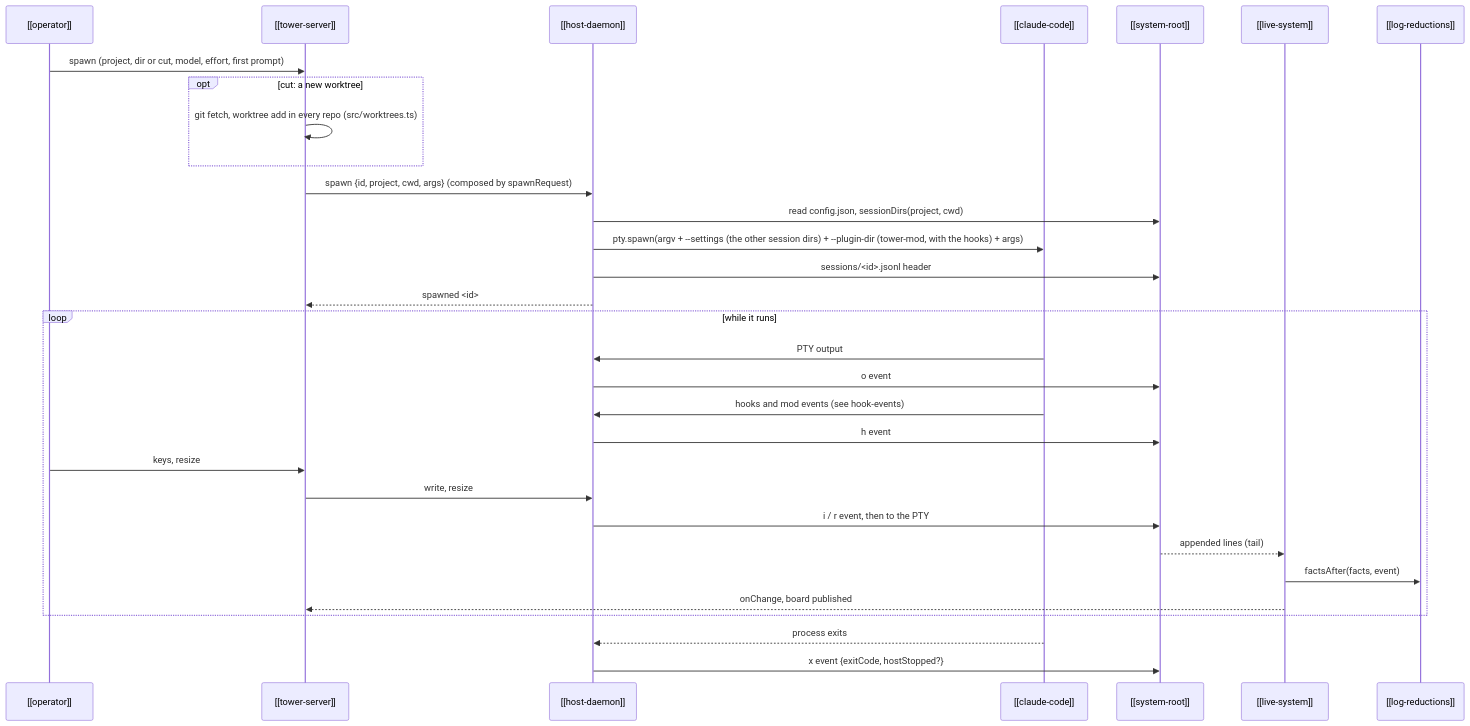
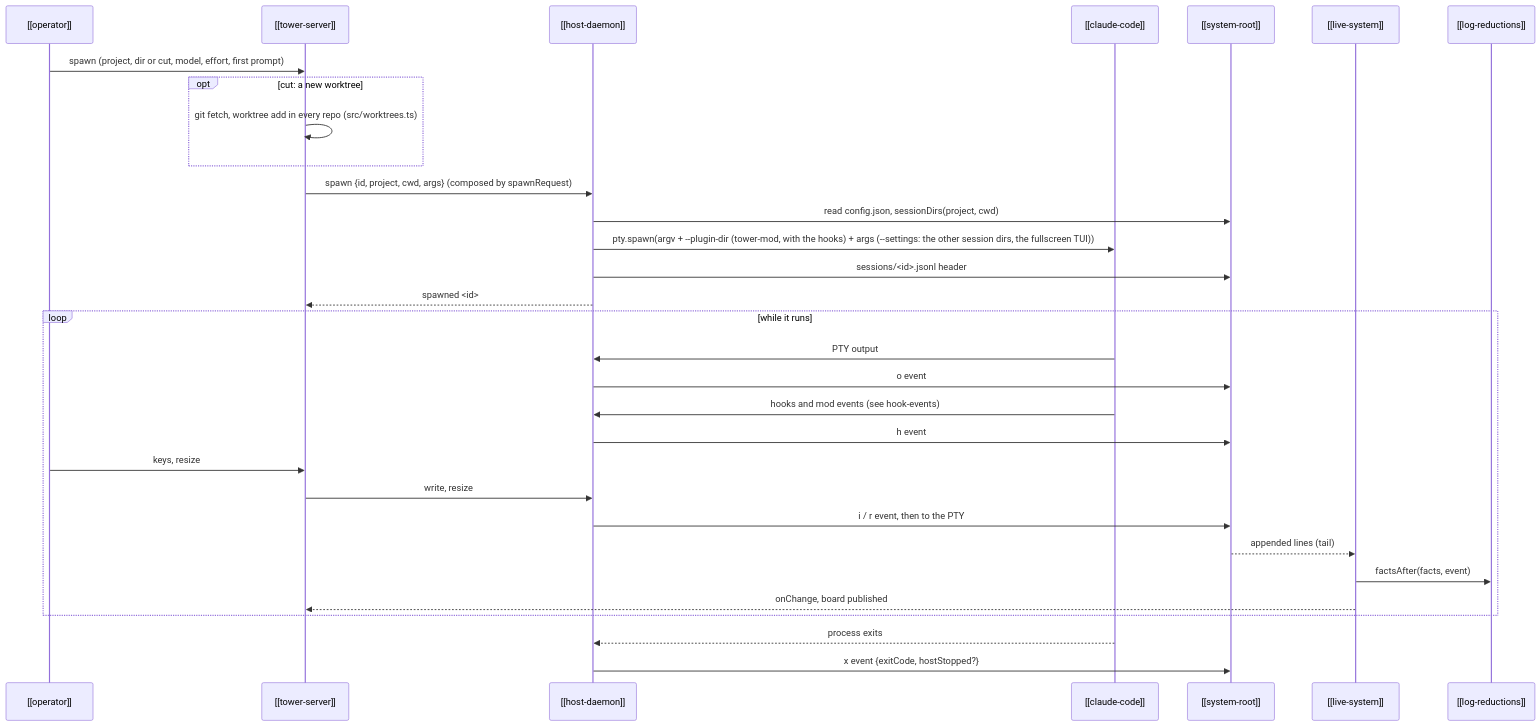
One commit to RegiByte/the-tower changed the diagram in kb/entities/flows/session-lifecycle.md. Above: the diagram before and after it, drawn with Mermaid. The commit also changed other lines of this file and 7 other files, not shown here.

Commit message:
kb: decision fullscreen-tui (the gate, the modes, the wheel); host-knows-no-flags and repos-file-access-only follow the settings to the client, with last-wins --settings; runbook new-claude-release checks the fullscreen TUI; README says sessions run it

````diff
--- a/kb/entities/flows/session-lifecycle.md
+++ b/kb/entities/flows/session-lifecycle.md
@@ -12,33 +12,33 @@
 ```mermaid
 sequenceDiagram
   participant O as [[operator]]
   participant T as [[tower-server]]
   participant H as [[host-daemon]]
   participant C as [[claude-code]]
   participant R as [[system-root]]
   participant L as [[live-system]]
   participant F as [[log-reductions]]
   O->>T: spawn (project, dir or cut, model, effort, first prompt)
   opt cut: a new worktree
     T->>T: git fetch, worktree add in every repo (src/worktrees.ts)
   end
   T->>H: spawn {id, project, cwd, args} (composed by spawnRequest)
   H->>R: read config.json, sessionDirs(project, cwd)
-  H->>C: pty.spawn(argv + --settings (the other session dirs) + --plugin-dir (tower-mod, with the hooks) + args)
+  H->>C: pty.spawn(argv + --plugin-dir (tower-mod, with the hooks) + args (--settings: the other session dirs, the fullscreen TUI))
   H->>R: sessions/<id>.jsonl header
   H-->>T: spawned <id>
   loop while it runs
     C->>H: PTY output
     H->>R: o event
     C->>H: hooks and mod events (see hook-events)
     H->>R: h event
     O->>T: keys, resize
     T->>H: write, resize
     H->>R: i / r event, then to the PTY
     R-->>L: appended lines (tail)
     L->>F: factsAfter(facts, event)
     L-->>T: onChange, board published
   end
   C-->>H: process exits
   H->>R: x event {exitCode, hostStopped?}
 ```
````
